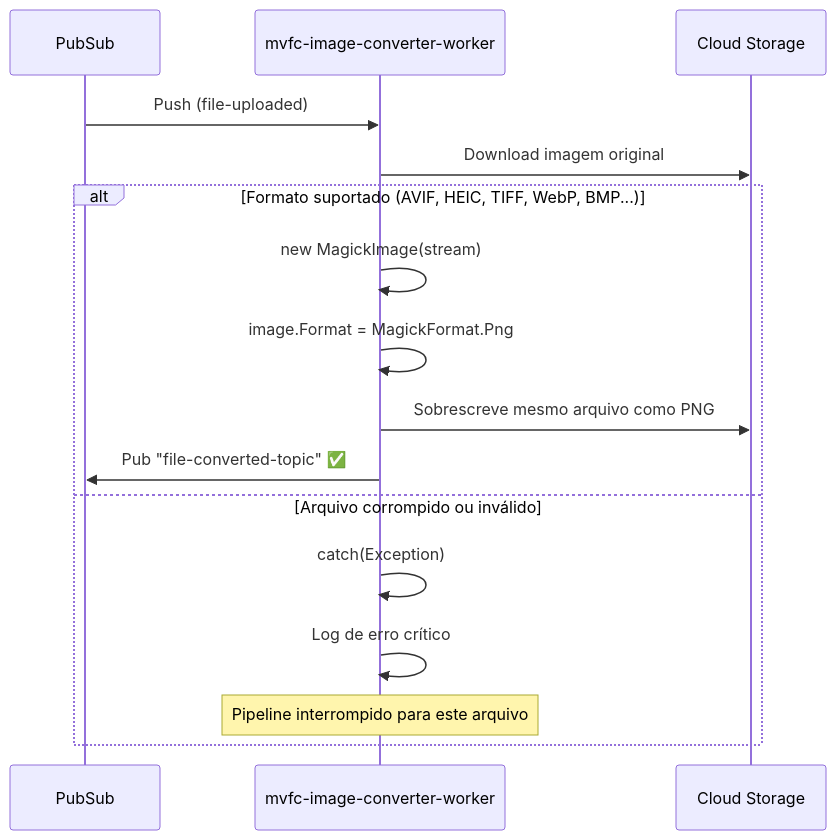
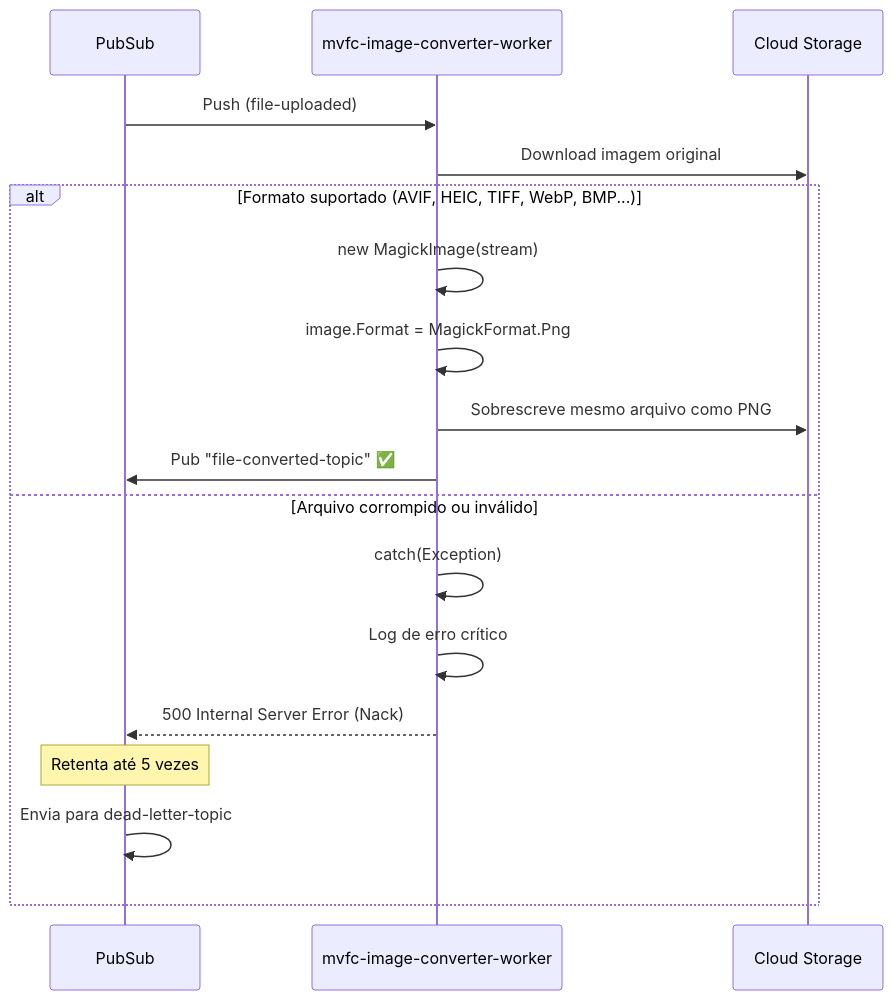
One commit to Marcus-V-Freitas/MVFC.ImageProcessing changed the fourth of 5 diagrams in README.pt-BR.md. Above: the diagram before and after it, drawn with Mermaid. The commit also changed other lines of this file and 77 other files, not shown here.

````diff
--- a/README.pt-BR.md
+++ b/README.pt-BR.md
@@ -205,20 +213,22 @@
 ```mermaid
 sequenceDiagram
     participant PS as PubSub
     participant CONV as mvfc-image-converter-worker
     participant GCS as Cloud Storage
 
     PS->>CONV: Push (file-uploaded)
     CONV->>GCS: Download imagem original
     
     alt Formato suportado (AVIF, HEIC, TIFF, WebP, BMP...)
         CONV->>CONV: new MagickImage(stream)
         CONV->>CONV: image.Format = MagickFormat.Png
         CONV->>GCS: Sobrescreve mesmo arquivo como PNG
         CONV->>PS: Pub "file-converted-topic" ✅
     else Arquivo corrompido ou inválido
         CONV->>CONV: catch(Exception)
         CONV->>CONV: Log de erro crítico
-        Note over CONV: Pipeline interrompido para este arquivo
+        CONV-->>PS: 500 Internal Server Error (Nack)
+        Note over PS: Retenta até 5 vezes
+        PS->>PS: Envia para dead-letter-topic
     end
 ```
````
